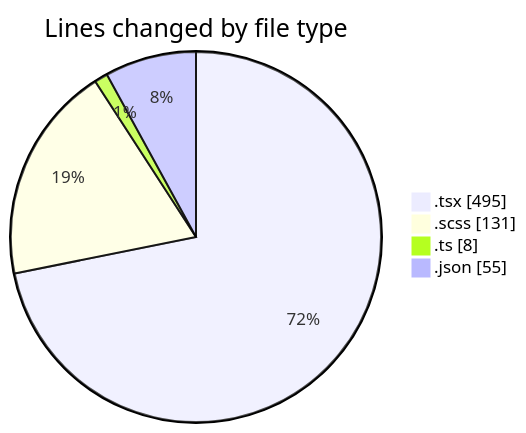
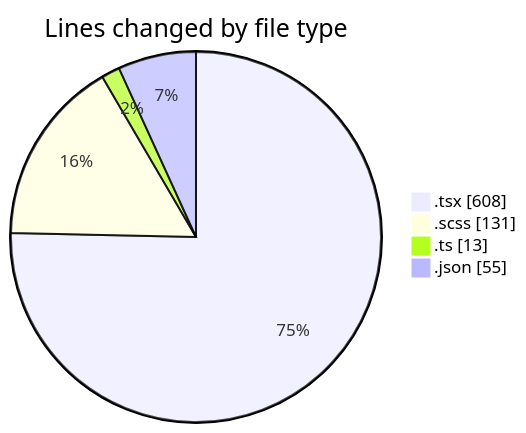
One commit to momahboobian/code-tracking changed the first of 2 diagrams in 2026-10-30/cda/README.md. Above: the diagram before and after it, drawn with Mermaid. The commit also changed other lines of this file and 1 other file, not shown here.

````diff
--- a/2026-10-30/cda/README.md
+++ b/2026-10-30/cda/README.md
@@ -28,8 +30,8 @@
 ```mermaid
 pie showData
 title Lines changed by file type
-".tsx" : 495
+".tsx" : 608
 ".scss" : 131
-".ts" : 8
+".ts" : 13
 ".json" : 55
 ```
````
